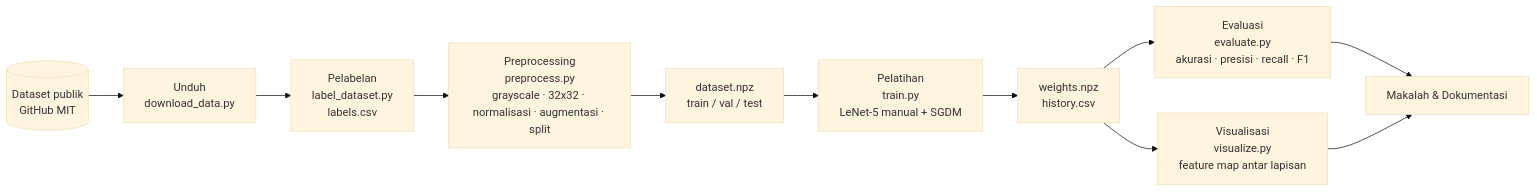
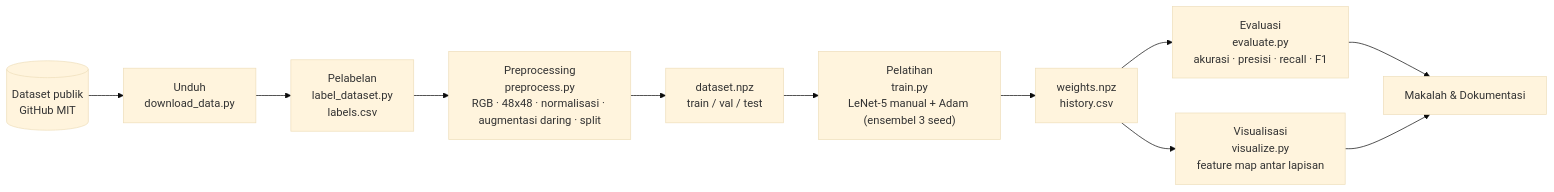
Before and after one commit to arisros/pothole-detection: the diagram in docs/00-ringkasan.md, drawn with Mermaid (base theme). The commit also changed 9 other files, not shown here.

````diff
--- a/docs/00-ringkasan.md
+++ b/docs/00-ringkasan.md
@@ -14,13 +14,13 @@
 ```mermaid
 flowchart LR
     A[("Dataset publik<br/>GitHub MIT")] --> B["Unduh<br/>download_data.py"]
     B --> C["Pelabelan<br/>label_dataset.py<br/>labels.csv"]
-    C --> D["Preprocessing<br/>preprocess.py<br/>grayscale · 32x32 · normalisasi · augmentasi · split"]
+    C --> D["Preprocessing<br/>preprocess.py<br/>RGB · 48x48 · normalisasi · augmentasi daring · split"]
     D --> E["dataset.npz<br/>train / val / test"]
-    E --> F["Pelatihan<br/>train.py<br/>LeNet-5 manual + SGDM"]
+    E --> F["Pelatihan<br/>train.py<br/>LeNet-5 manual + Adam (ensembel 3 seed)"]
     F --> G["weights.npz<br/>history.csv"]
     G --> H["Evaluasi<br/>evaluate.py<br/>akurasi · presisi · recall · F1"]
     G --> I["Visualisasi<br/>visualize.py<br/>feature map antar lapisan"]
     H --> J["Makalah & Dokumentasi"]
     I --> J
 ```
````
